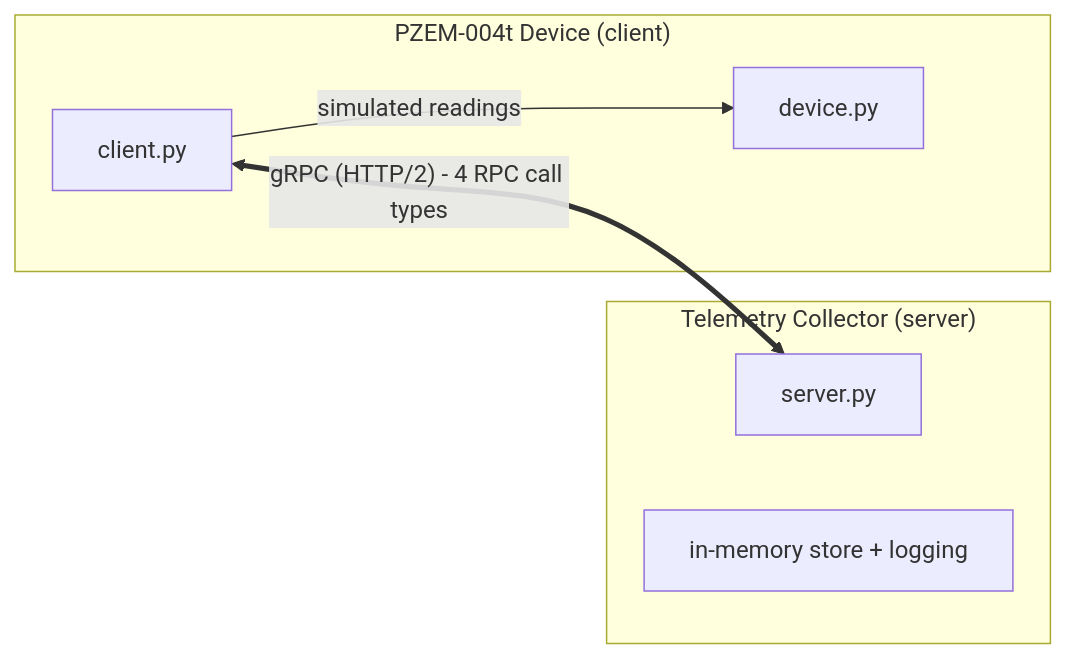
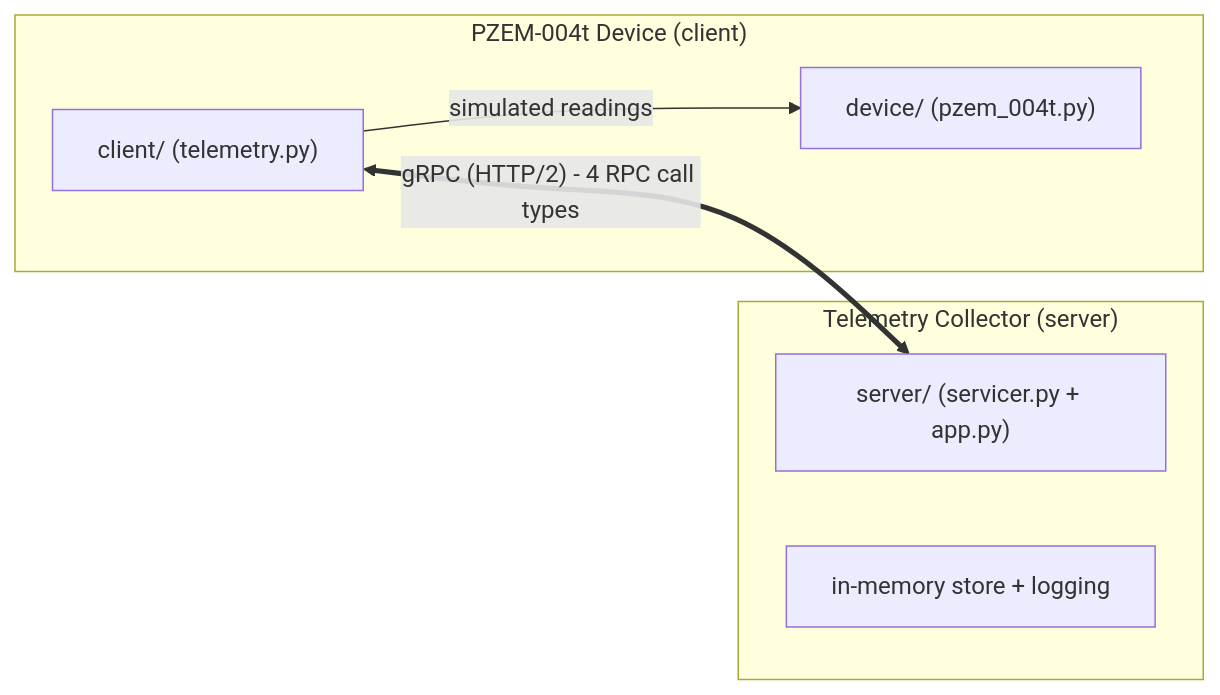
Before and after one commit to FarrelAD/Python-gRPC: the diagram in README.md, drawn with Mermaid. The commit also changed other lines of this file and 9 other files, not shown here.

Commit message:
refactor: reorganize project structure and implement gRPC client/server for PZEM-004t telemetry

````diff
--- a/README.md
+++ b/README.md
@@ -10,14 +10,14 @@
 ```mermaid
 flowchart LR
     subgraph Device["PZEM-004t Device (client)"]
-        A1["client.py"]
-        A2["device.py"]
+        A1["client/ (telemetry.py)"]
+        A2["device/ (pzem_004t.py)"]
     end
     subgraph Collector["Telemetry Collector (server)"]
-        B1["server.py"]
+        B1["server/ (servicer.py + app.py)"]
         B2["in-memory store + logging"]
     end
 
     A1 <==> |"gRPC (HTTP/2) - 4 RPC call types"| B1
     A1 -- "simulated readings" --> A2
 ```
````
